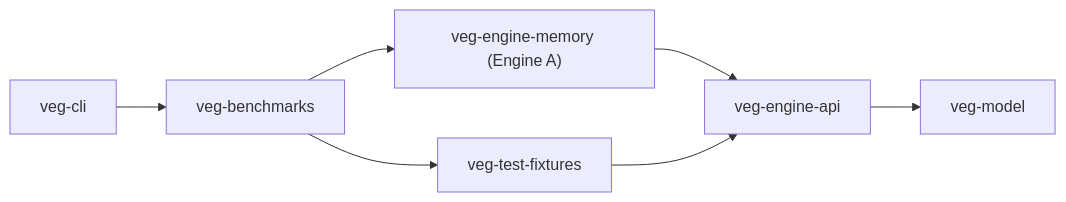
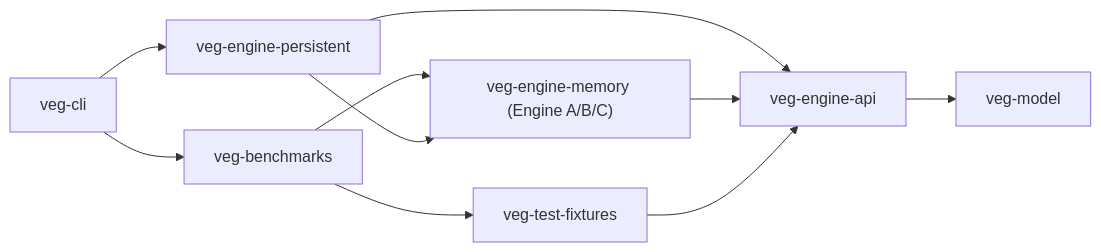
The diagram in docs/ARCHITECTURE.md (schmiereck/veg), drawn with Mermaid before and after one commit. The commit also changed other lines of this file and 23 other files, not shown here.

````diff
--- a/docs/ARCHITECTURE.md
+++ b/docs/ARCHITECTURE.md
@@ -5,9 +5,12 @@
 ```mermaid
 flowchart LR
     CLI["veg-cli"] --> BENCH["veg-benchmarks"]
-    BENCH --> MEM["veg-engine-memory (Engine A)"]
+    CLI --> PERS["veg-engine-persistent"]
+    BENCH --> MEM["veg-engine-memory (Engine A/B/C)"]
+    PERS --> MEM
+    PERS --> API["veg-engine-api"]
     BENCH --> FIX["veg-test-fixtures"]
-    MEM --> API["veg-engine-api"]
+    MEM --> API
     FIX --> API
     API --> MODEL["veg-model"]
 ```
````
